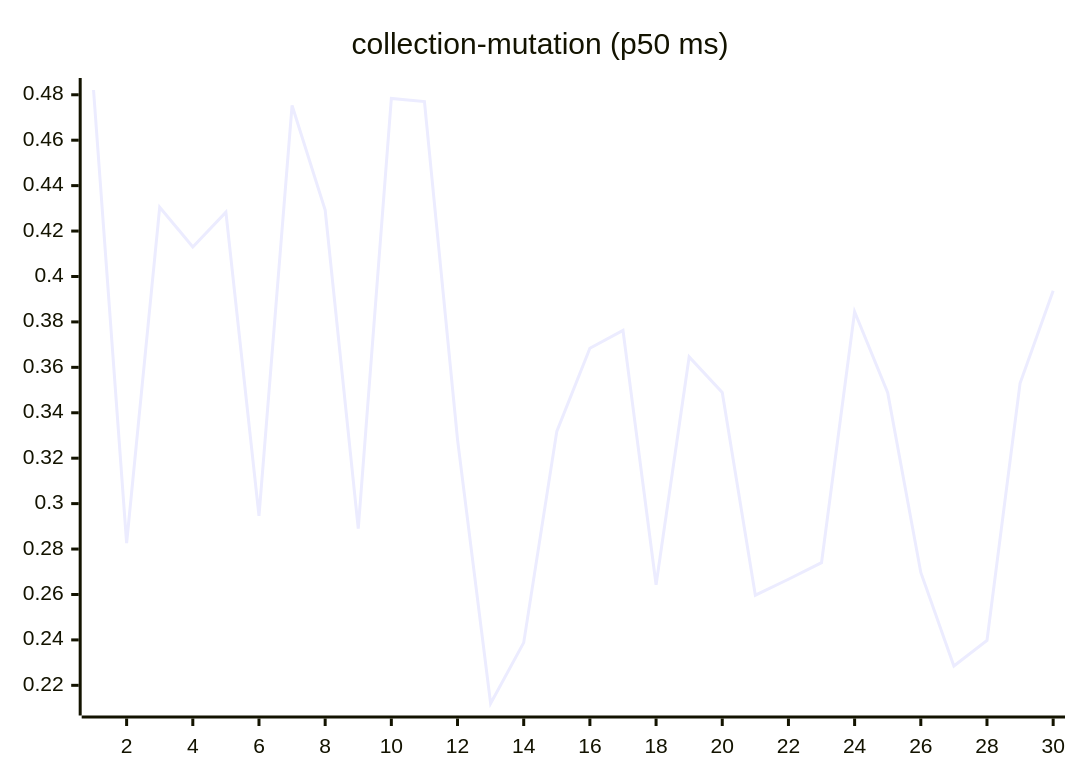
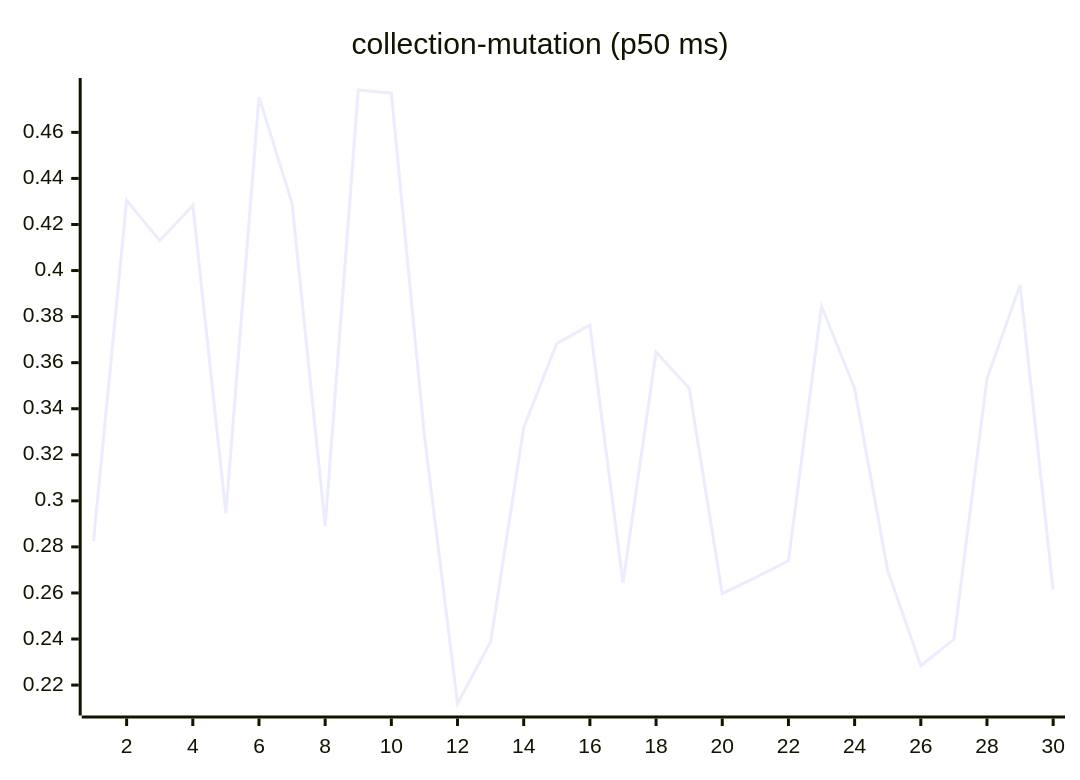
One commit to josha/Facet changed the sixth of 27 diagrams in README.md. Above: the diagram before and after it, drawn with Mermaid. The commit also changed other lines of this file and 2 other files, not shown here.

````diff
--- a/README.md
+++ b/README.md
@@ -98,6 +98,6 @@
 ```mermaid
 xychart-beta
     title "collection-mutation (p50 ms)"
     x-axis 1 --> 30
-    line [0.4821, 0.2826, 0.4305, 0.4130, 0.4283, 0.2946, 0.4753, 0.4292, 0.2890, 0.4784, 0.4770, 0.3282, 0.2120, 0.2388, 0.3318, 0.3684, 0.3763, 0.2643, 0.3646, 0.3489, 0.2597, 0.2667, 0.2740, 0.3845, 0.3488, 0.2697, 0.2285, 0.2398, 0.3530, 0.3937]
+    line [0.2826, 0.4305, 0.4130, 0.4283, 0.2946, 0.4753, 0.4292, 0.2890, 0.4784, 0.4770, 0.3282, 0.2120, 0.2388, 0.3318, 0.3684, 0.3763, 0.2643, 0.3646, 0.3489, 0.2597, 0.2667, 0.2740, 0.3845, 0.3488, 0.2697, 0.2285, 0.2398, 0.3530, 0.3937, 0.2612]
 ```
````
